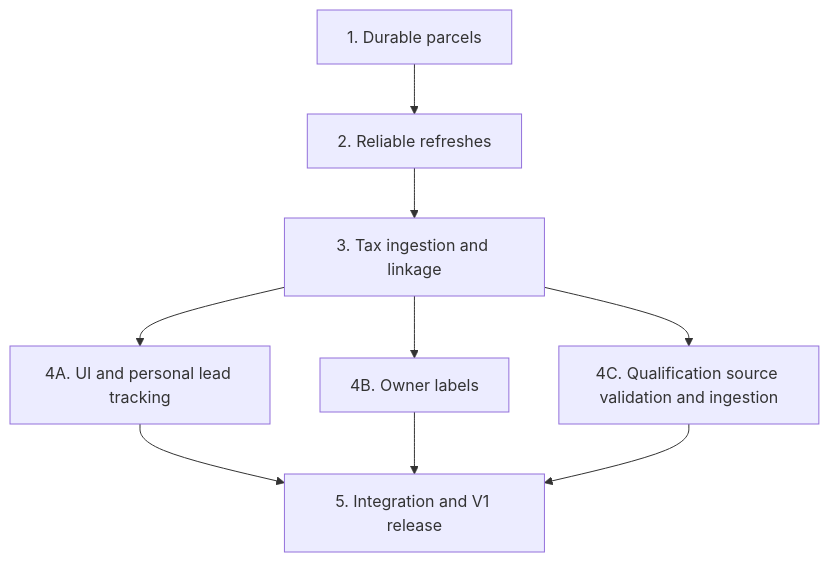
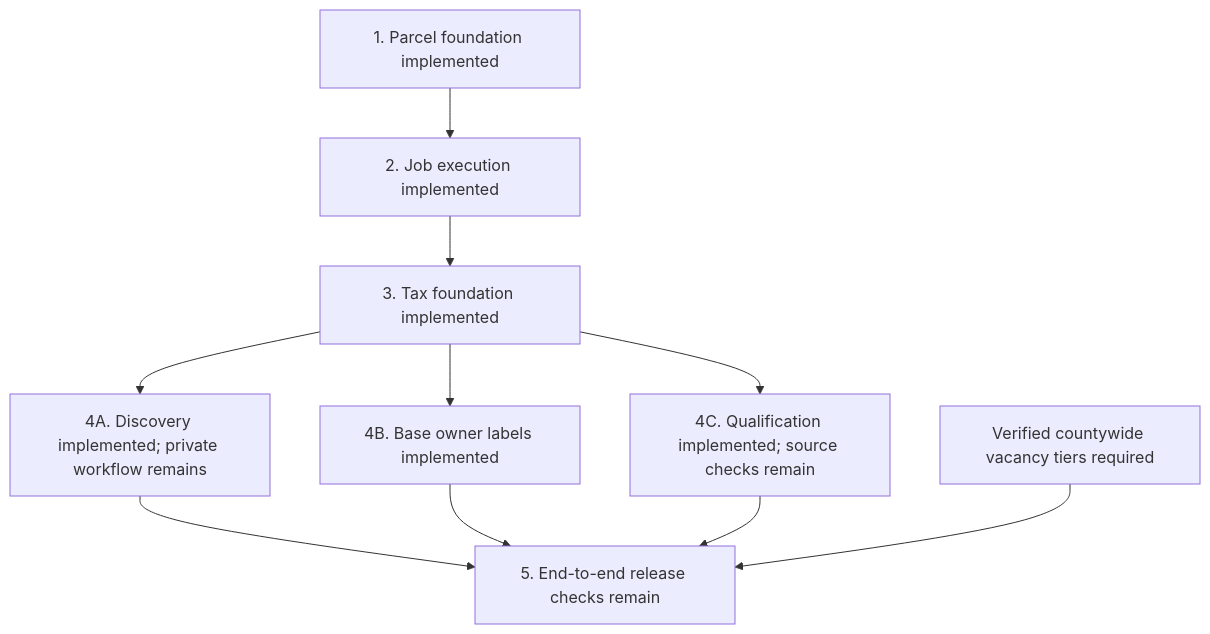
One commit to JustinMonty20/landman changed the diagram in plans/v1.md. Above: the diagram before and after it, drawn with Mermaid. The commit also changed other lines of this file and 20 other files, not shown here.

````diff
--- a/plans/v1.md
+++ b/plans/v1.md
@@ -25,11 +96,12 @@
 ```mermaid
 flowchart TD
-    P[1. Durable parcels] --> R[2. Reliable refreshes]
-    R --> T[3. Tax ingestion and linkage]
-    T --> U[4A. UI and personal lead tracking]
-    T --> L[4B. Owner labels]
-    T --> Q[4C. Qualification source validation and ingestion]
-    U --> V[5. Integration and V1 release]
+    P[1. Parcel foundation implemented] --> R[2. Job execution implemented]
+    R --> T[3. Tax foundation implemented]
+    T --> U[4A. Discovery implemented; private workflow remains]
+    T --> L[4B. Base owner labels implemented]
+    T --> Q[4C. Qualification implemented; source checks remain]
+    U --> V[5. End-to-end release checks remain]
     L --> V
     Q --> V
+    W[Verified countywide vacancy tiers required] --> V
 ```
````
